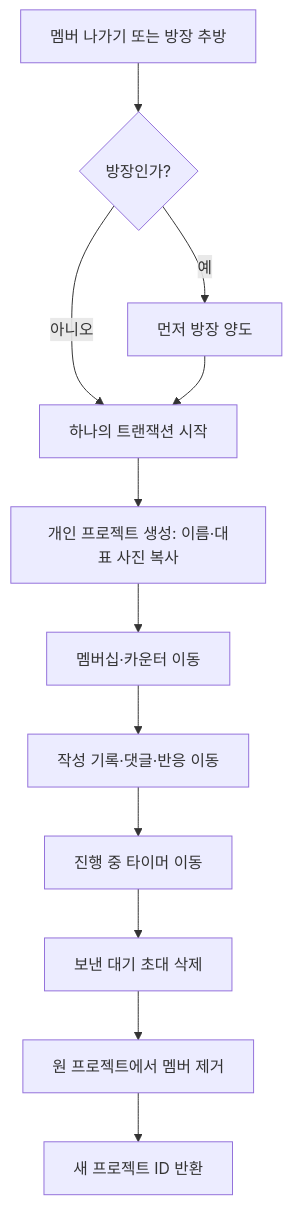
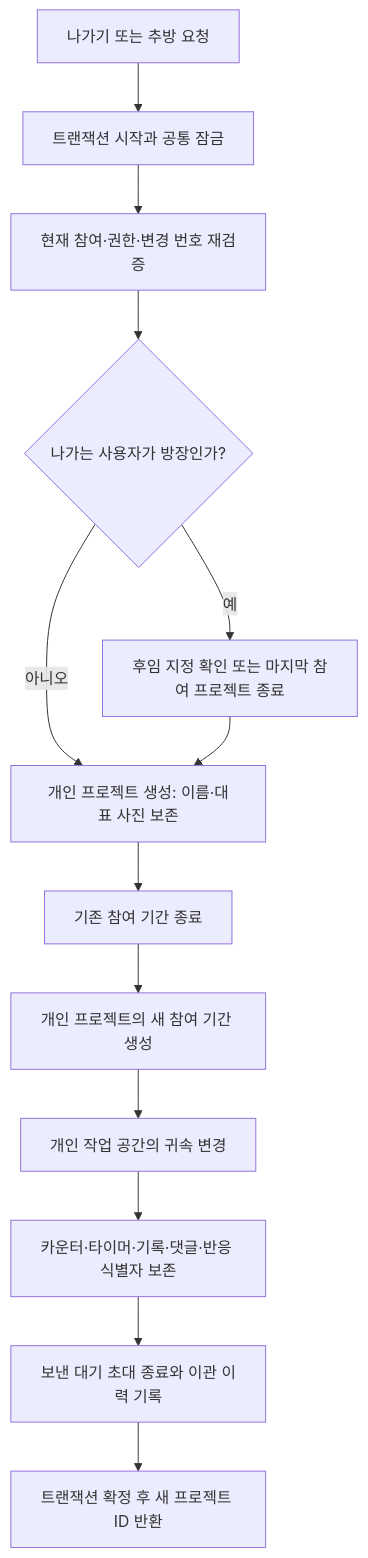
One commit to KnittingLog/back changed the second of 2 diagrams in docs/requirements.md. Above: the diagram before and after it, drawn with Mermaid. The commit also changed other lines of this file, not shown here.

````diff
--- a/docs/requirements.md
+++ b/docs/requirements.md
@@ -113,14 +164,15 @@
 ```mermaid
 flowchart TD
-  A[멤버 나가기 또는 방장 추방] --> B{방장인가?}
-  B -->|예| C[먼저 방장 양도]
-  B -->|아니오| D[하나의 트랜잭션 시작]
-  C --> D
-  D --> E[개인 프로젝트 생성: 이름·대표 사진 복사]
-  E --> F[멤버십·카운터 이동]
-  F --> G[작성 기록·댓글·반응 이동]
-  G --> H[진행 중 타이머 이동]
-  H --> I[보낸 대기 초대 삭제]
-  I --> J[원 프로젝트에서 멤버 제거]
-  J --> K[새 프로젝트 ID 반환]
+  A[나가기 또는 추방 요청] --> B[트랜잭션 시작과 공통 잠금]
+  B --> C[현재 참여·권한·변경 번호 재검증]
+  C --> D{나가는 사용자가 방장인가?}
+  D -->|예| E[후임 지정 확인 또는 마지막 참여 프로젝트 종료]
+  D -->|아니오| F[개인 프로젝트 생성: 이름·대표 사진 보존]
+  E --> F
+  F --> G[기존 참여 기간 종료]
+  G --> H[개인 프로젝트의 새 참여 기간 생성]
+  H --> I[개인 작업 공간의 귀속 변경]
+  I --> J[카운터·타이머·기록·댓글·반응 식별자 보존]
+  J --> K[보낸 대기 초대 종료와 이관 이력 기록]
+  K --> L[트랜잭션 확정 후 새 프로젝트 ID 반환]
 ```
````
